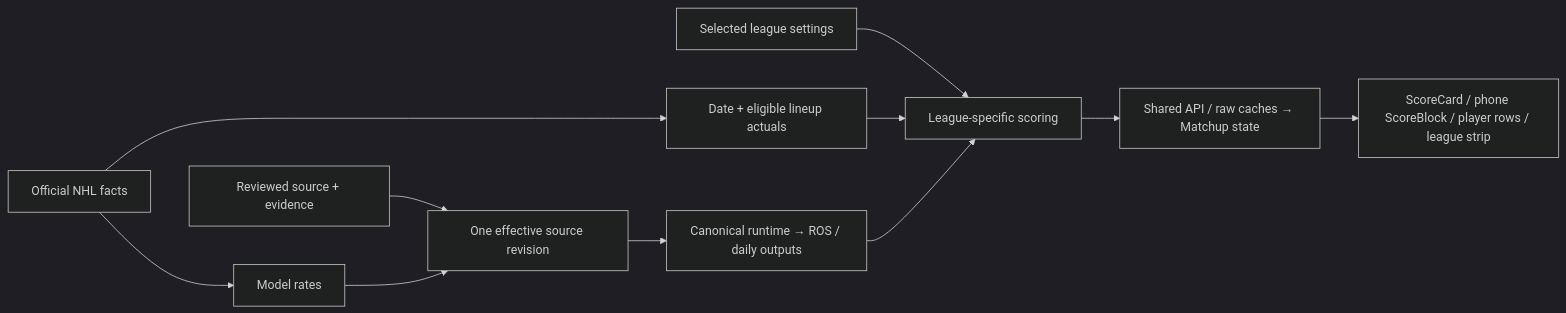
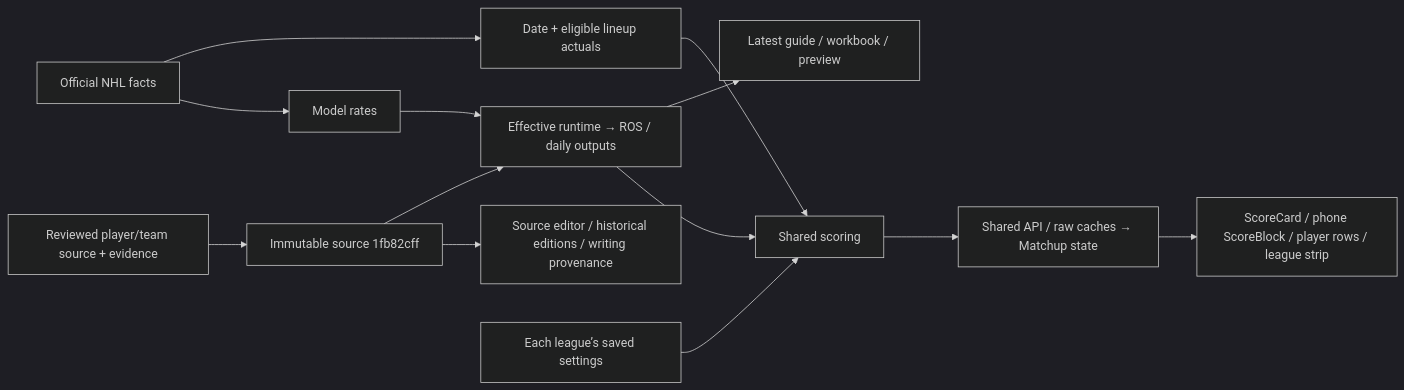
One commit to Gstormsfh/citrus-league-storm-main changed the diagram in scripts/ops/projection-retirement/CUTOVER.md. Above: the diagram before and after it, drawn with Mermaid (dark theme). The commit also changed other lines of this file, not shown here.

Commit message:
Record published source and deployed retirement status

````diff
--- a/scripts/ops/projection-retirement/CUTOVER.md
+++ b/scripts/ops/projection-retirement/CUTOVER.md
@@ -5,13 +5,15 @@
 ```mermaid
 flowchart LR
  F[Official NHL facts] --> A[Date + eligible lineup actuals]
  F --> M[Model rates]
- R[Reviewed source + evidence] --> C[One effective source revision]
- M --> C
- C --> P[Canonical runtime → ROS / daily outputs]
- L[Selected league settings] --> S[League-specific scoring]
+ R[Reviewed player/team source + evidence] --> C[Immutable source 1fb82cff]
+ C --> P[Effective runtime → ROS / daily outputs]
+ M --> P
+ P --> E[Latest guide / workbook / preview]
+ C --> W[Source editor / historical editions / writing provenance]
+ L[Each league’s saved settings] --> S[Shared scoring]
  A --> S
  P --> S
  S --> U[Shared API / raw caches → Matchup state]
  U --> V[ScoreCard / phone ScoreBlock / player rows / league strip]
 ```
````
